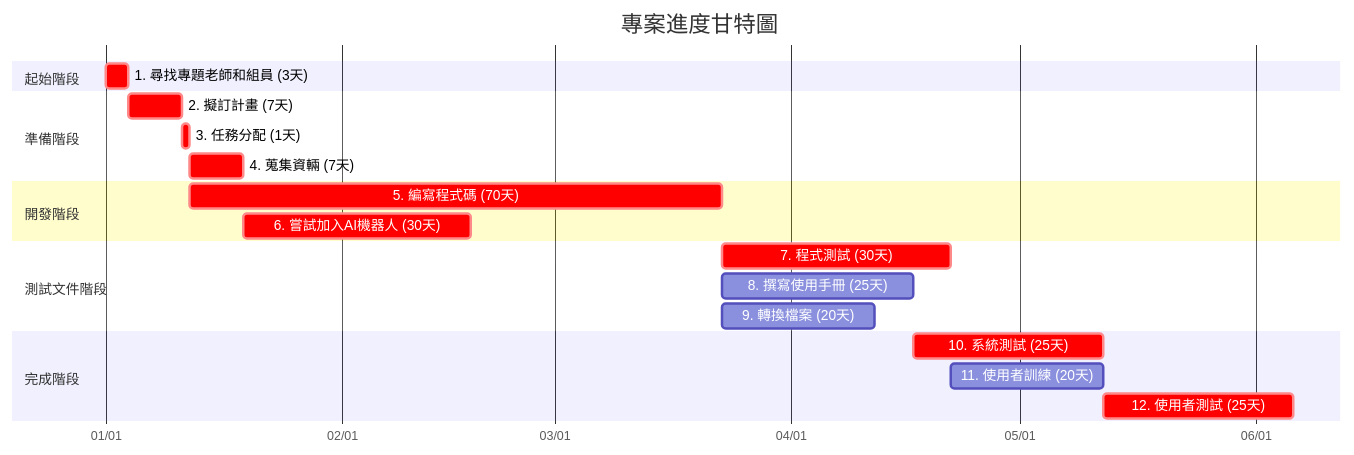
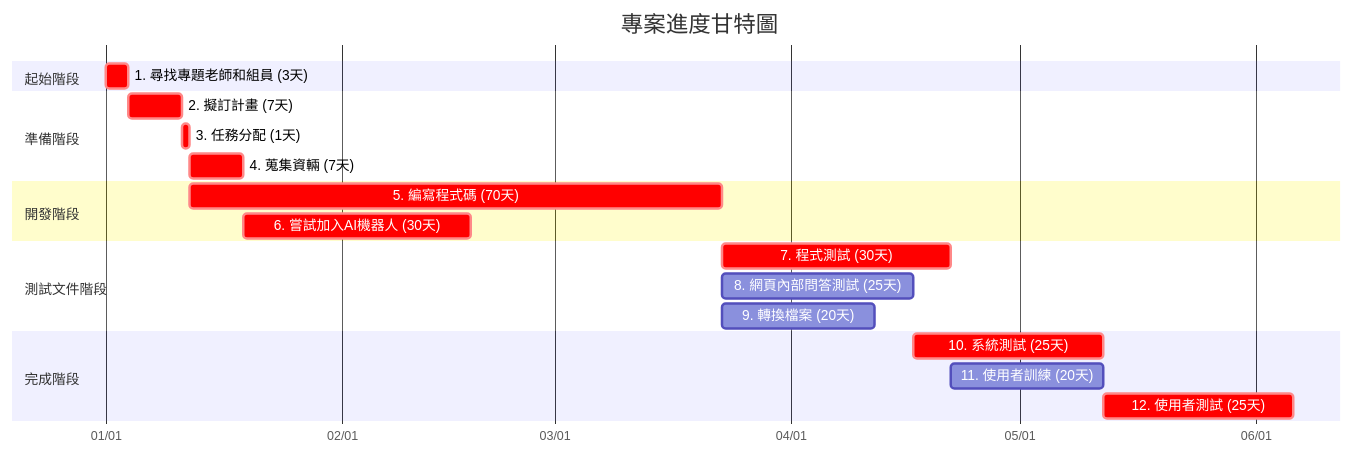
The second of 3 diagrams in hw2.md (c112118202-droid/-), drawn with Mermaid before and after one commit.

````diff
--- a/hw2.md
+++ b/hw2.md
@@ -28,28 +28,28 @@
 ```mermaid
 gantt
     title 專案進度甘特圖
     dateFormat YYYY-MM-DD
     axisFormat %m/%d
     
     section 起始階段
     1. 尋找專題老師和組員 (3天)     :crit, m1, 2025-01-01, 3d
     
     section 準備階段
     2. 擬訂計畫 (7天)     :crit, m2, after m1, 7d
     3. 任務分配 (1天)    :crit, m3, after m2, 1d
     4. 蒐集資輛 (7天)    :crit, m4, after m3, 7d
 
     section 開發階段
     5. 編寫程式碼 (70天)    :crit, m5, after m3, 70d
     6. 嘗試加入AI機器人 (30天)    :crit, m6, after m4, 30d
     
     section 測試文件階段
     7. 程式測試 (30天)    :crit, m7, after m5, 30d
-    8. 撰寫使用手冊 (25天) :m8, after m5, 25d
+    8. 網頁內部問答測試 (25天) :m8, after m5, 25d
     9. 轉換檔案 (20天)     :m9, after m5, 20d
     
     section 完成階段
     10. 系統測試 (25天)    :crit, m10, after m8, 25d
     11. 使用者訓練 (20天)  :m11, after m7 m8, 20d
     12. 使用者測試 (25天)  :crit, m12, after m9 m10, 25d
 ```
````
